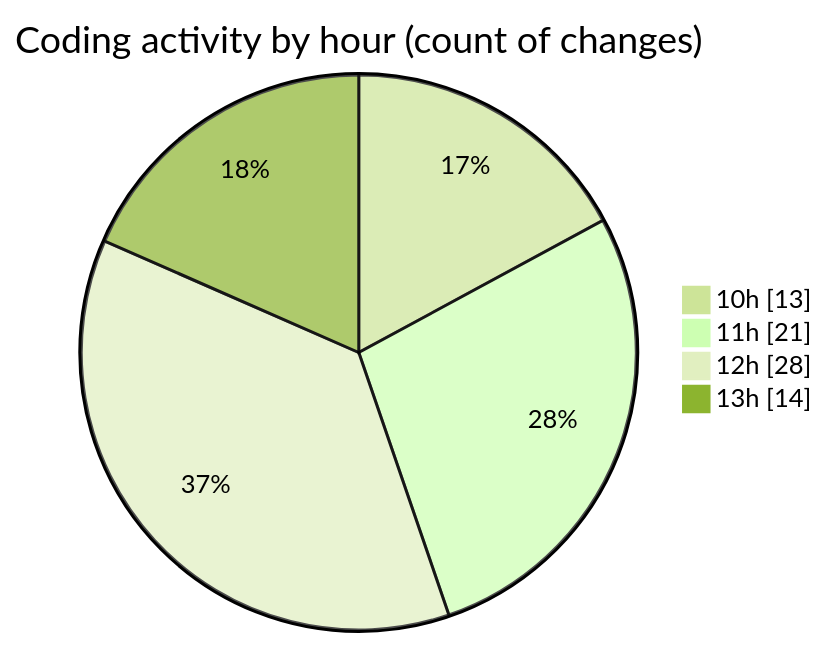
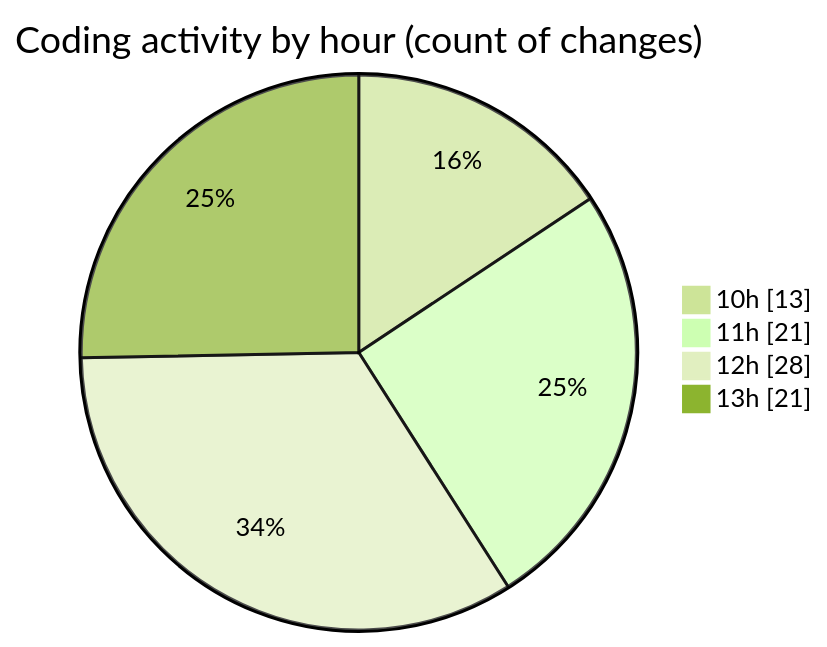
One commit to momahboobian/code-tracking changed the second of 2 diagrams in 2025-06-19/cda/README.md. Above: the diagram before and after it, drawn with Mermaid (forest theme). The commit also changed other lines of this file and 1 other file, not shown here.

````diff
--- a/2025-06-19/cda/README.md
+++ b/2025-06-19/cda/README.md
@@ -40,8 +41,8 @@
 ```mermaid
 pie showData
 title Coding activity by hour (count of changes)
 "10h" : 13
 "11h" : 21
 "12h" : 28
-"13h" : 14
+"13h" : 21
 ```
````
